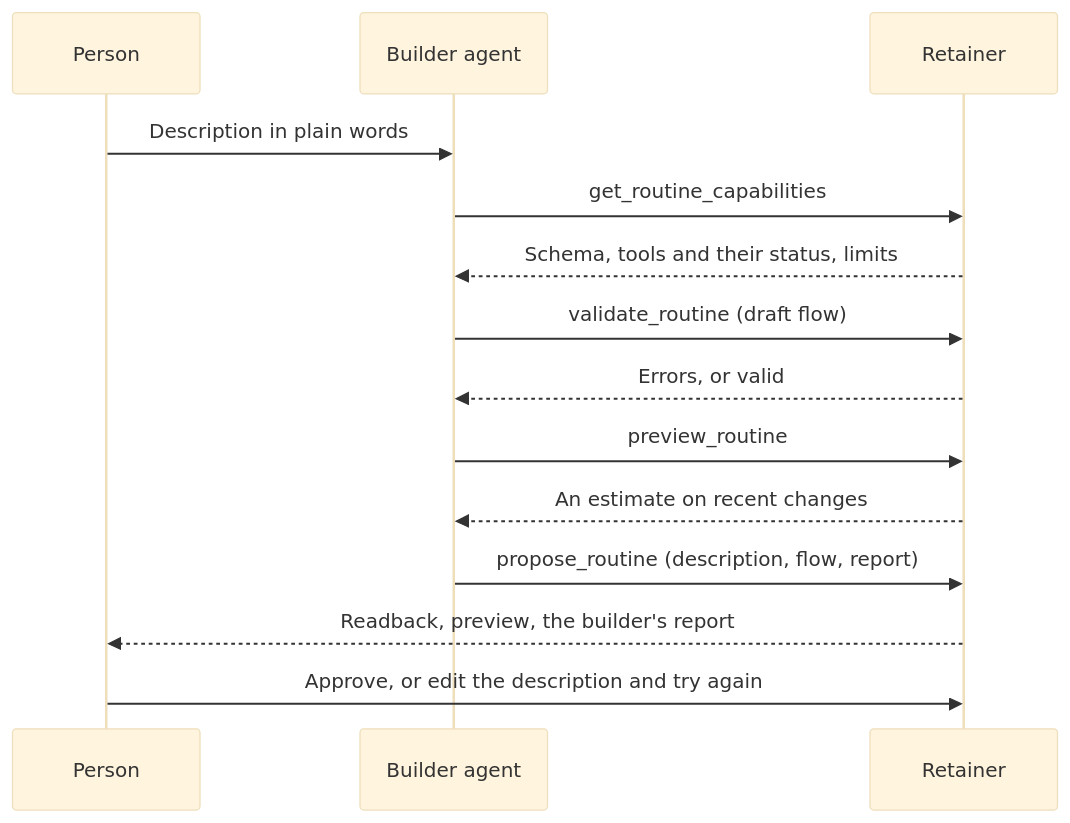
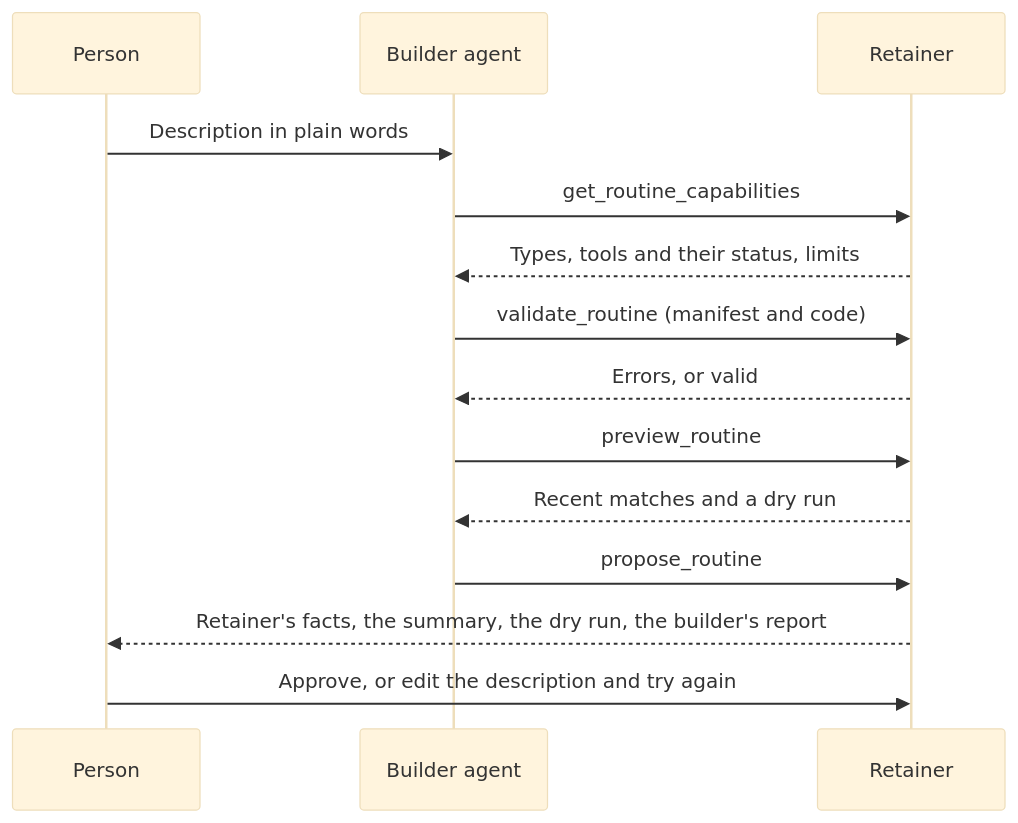
Before and after one commit to Tamloot-cc/Retainer: the third of 5 diagrams in docs/specs/routines.md, drawn with Mermaid (base theme). The commit also changed other lines of this file, not shown here.

First line of the commit message:
Rewrite the Routines spec: a routine is TypeScript code

````diff
--- a/docs/specs/routines.md
+++ b/docs/specs/routines.md
@@ -437,16 +456,16 @@
 ```mermaid
 sequenceDiagram
   participant P as Person
   participant B as Builder agent
   participant R as Retainer
   P->>B: Description in plain words
   B->>R: get_routine_capabilities
-  R-->>B: Schema, tools and their status, limits
-  B->>R: validate_routine (draft flow)
+  R-->>B: Types, tools and their status, limits
+  B->>R: validate_routine (manifest and code)
   R-->>B: Errors, or valid
   B->>R: preview_routine
-  R-->>B: An estimate on recent changes
-  B->>R: propose_routine (description, flow, report)
-  R-->>P: Readback, preview, the builder's report
+  R-->>B: Recent matches and a dry run
+  B->>R: propose_routine
+  R-->>P: Retainer's facts, the summary, the dry run, the builder's report
   P->>R: Approve, or edit the description and try again
 ```
````
